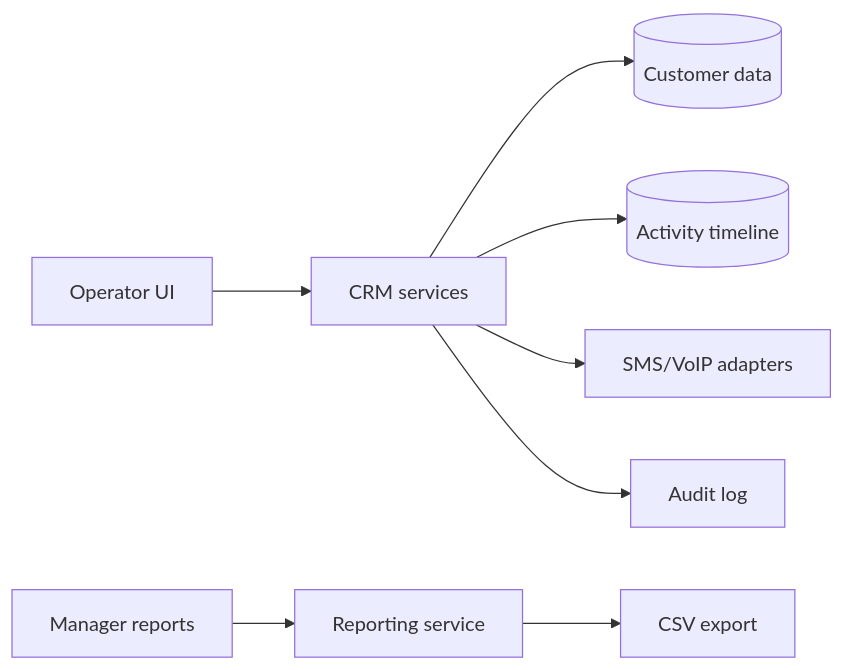
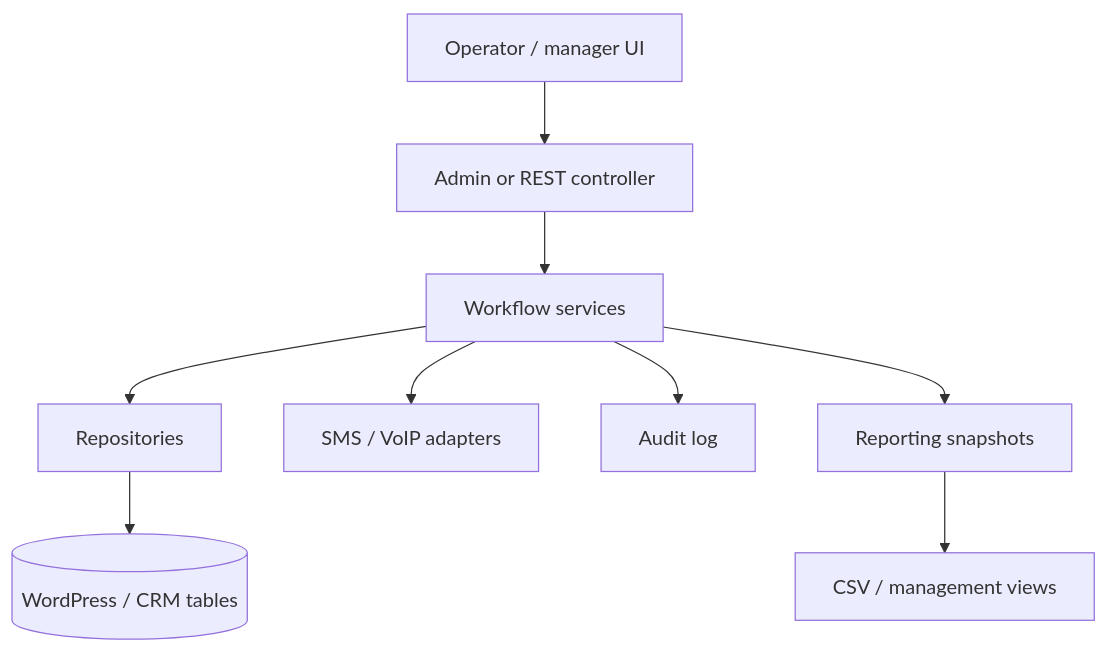
The diagram in README.md (shiny-a2/a2-crm-operations-system), drawn with Mermaid before and after one commit. The commit also changed other lines of this file and 3 other files, not shown here.

````diff
--- a/README.md
+++ b/README.md
@@ -36,10 +47,11 @@
 ```mermaid
-flowchart LR
-    Operator[Operator UI] --> App[CRM services]
-    Manager[Manager reports] --> Reports[Reporting service]
-    App --> Customers[(Customer data)]
-    App --> Timeline[(Activity timeline)]
-    App --> Providers[SMS/VoIP adapters]
-    Reports --> Export[CSV export]
-    App --> Audit[Audit log]
+flowchart TD
+    UI[Operator / manager UI] --> Controller[Admin or REST controller]
+    Controller --> Services[Workflow services]
+    Services --> Repositories[Repositories]
+    Repositories --> DB[(WordPress / CRM tables)]
+    Services --> Providers[SMS / VoIP adapters]
+    Services --> Audit[Audit log]
+    Services --> Reports[Reporting snapshots]
+    Reports --> Export[CSV / management views]
 ```
````
